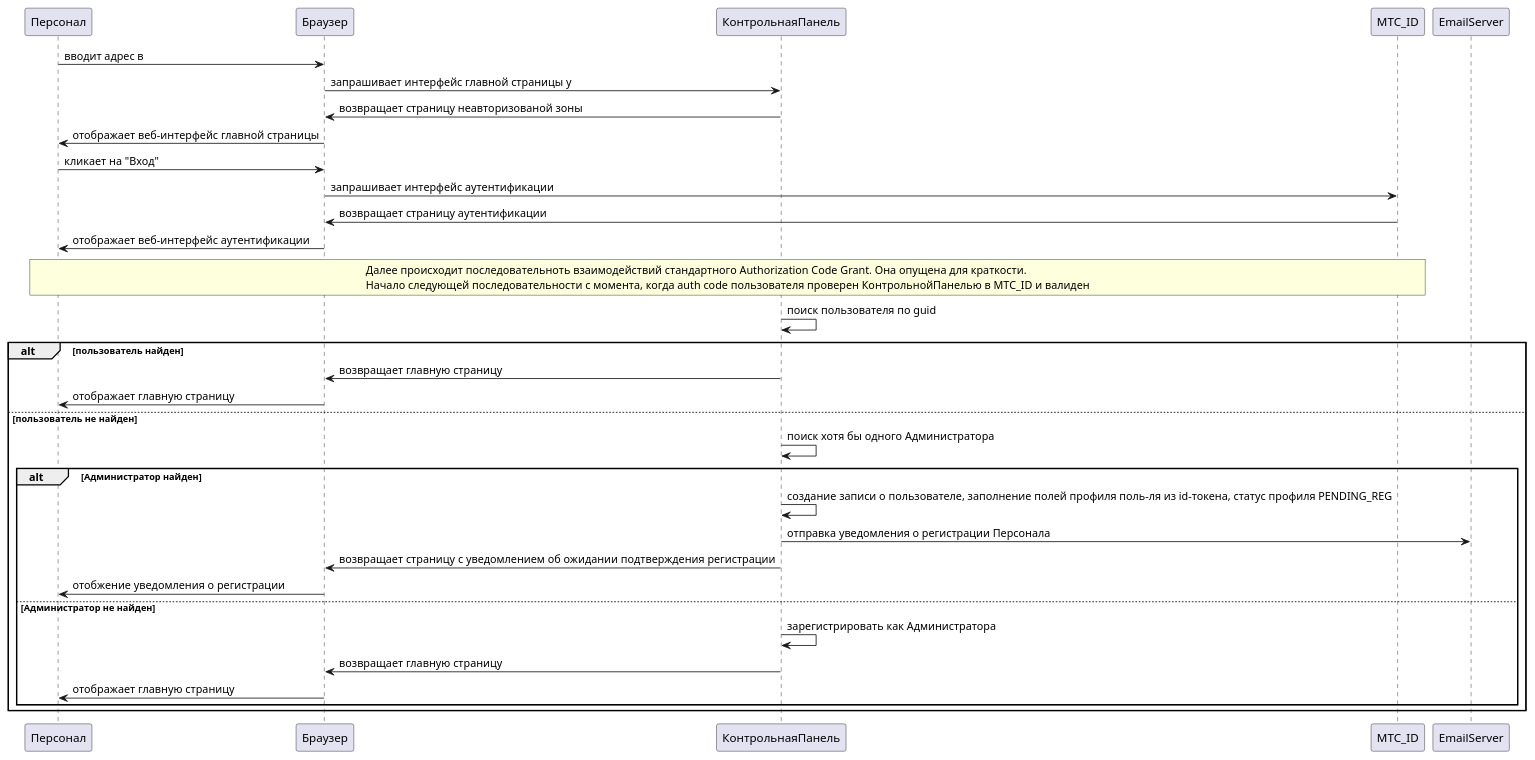
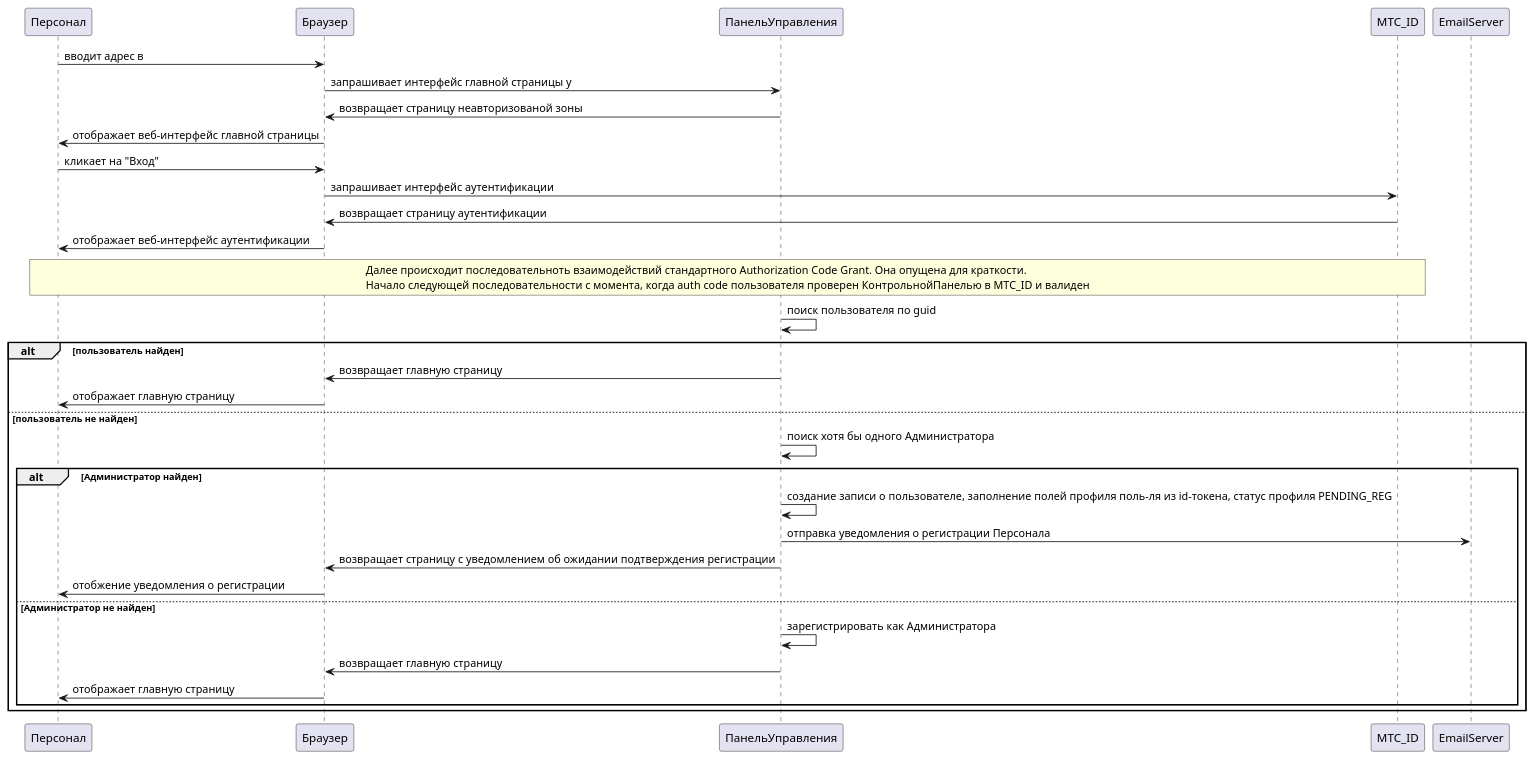
One commit to karpoftea/mts-kata-2023 changed the second of 2 diagrams in docs/adr/adr-002-authn-system.md. Above: the diagram before and after it, drawn with PlantUML. The commit also changed 8 other files, not shown here.

````diff
--- a/docs/adr/adr-002-authn-system.md
+++ b/docs/adr/adr-002-authn-system.md
@@ -61,31 +61,31 @@
 ```plantuml
 Персонал->Браузер: вводит адрес в
-Браузер->КонтрольнаяПанель: запрашивает интерфейс главной страницы у
-КонтрольнаяПанель->Браузер: возвращает страницу неавторизованой зоны
+Браузер->ПанельУправления: запрашивает интерфейс главной страницы у
+ПанельУправления->Браузер: возвращает страницу неавторизованой зоны
 Браузер->Персонал: отображает веб-интерфейс главной страницы
 Персонал->Браузер: кликает на "Вход"
 Браузер->МТС_ID: запрашивает интерфейс аутентификации
 МТС_ID->Браузер: возвращает страницу аутентификации
 Браузер->Персонал: отображает веб-интерфейс аутентификации
 rnote over Персонал,МТС_ID
  Далее происходит последовательноть взаимодействий стандартного Authorization Code Grant. Она опущена для краткости.
  Начало следующей последовательности с момента, когда auth code пользователя проверен КонтрольнойПанелью в МТС_ID и валиден
 endrnote
-КонтрольнаяПанель->КонтрольнаяПанель: поиск пользователя по guid
+ПанельУправления->ПанельУправления: поиск пользователя по guid
 alt пользователь найден
-    КонтрольнаяПанель->Браузер: возвращает главную страницу
+    ПанельУправления->Браузер: возвращает главную страницу
     Браузер->Персонал: отображает главную страницу
 else пользователь не найден
-    КонтрольнаяПанель->КонтрольнаяПанель: поиск хотя бы одного Администратора
+    ПанельУправления->ПанельУправления: поиск хотя бы одного Администратора
     alt Администратор найден
-        КонтрольнаяПанель->КонтрольнаяПанель: создание записи о пользователе, заполнение полей профиля поль-ля из id-токена, статус профиля PENDING_REG
-        КонтрольнаяПанель->EmailServer: отправка уведомления о регистрации Персонала
-        КонтрольнаяПанель->Браузер: возвращает страницу с уведомлением об ожидании подтверждения регистрации
+        ПанельУправления->ПанельУправления: создание записи о пользователе, заполнение полей профиля поль-ля из id-токена, статус профиля PENDING_REG
+        ПанельУправления->EmailServer: отправка уведомления о регистрации Персонала
+        ПанельУправления->Браузер: возвращает страницу с уведомлением об ожидании подтверждения регистрации
     Браузер->Персонал: отобжение уведомления о регистрации
     else Администратор не найден
-        КонтрольнаяПанель->КонтрольнаяПанель: зарегистрировать как Администратора
-        КонтрольнаяПанель->Браузер: возвращает главную страницу
+        ПанельУправления->ПанельУправления: зарегистрировать как Администратора
+        ПанельУправления->Браузер: возвращает главную страницу
         Браузер->Персонал: отображает главную страницу
     end
 end
 ```
````
